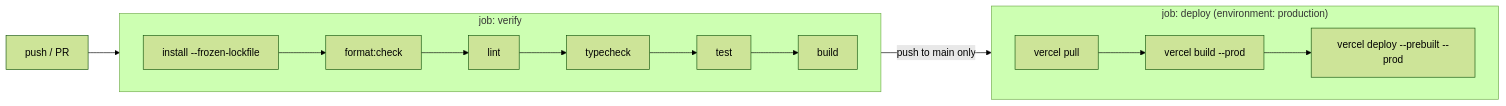
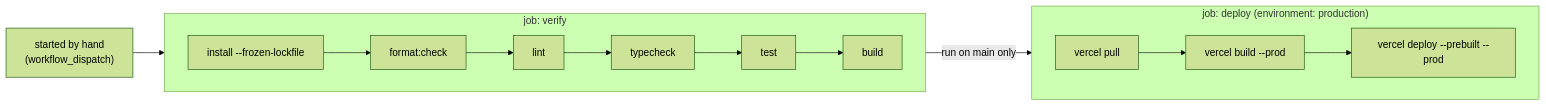
One commit to Adawy-Group/adawy-technical-docs changed the diagram in content/repositories/aladawy-pack.mdx. Above: the diagram before and after it, drawn with Mermaid (forest theme). The commit also changed other lines of this file and 39 other files, not shown here.

````diff
--- a/content/repositories/aladawy-pack.mdx
+++ b/content/repositories/aladawy-pack.mdx
@@ -229,13 +226,13 @@
 ```mermaid
 flowchart LR
-  push["push / PR"] --> verify
+  run["started by hand<br/>(workflow_dispatch)"] --> verify
   subgraph verify["job: verify"]
     direction LR
     i["install --frozen-lockfile"] --> f["format:check"] --> l["lint"] --> t["typecheck"] --> te["test"] --> b["build"]
   end
-  verify -- "push to main only" --> deploy
+  verify -- "run on main only" --> deploy
   subgraph deploy["job: deploy (environment: production)"]
     direction LR
     p["vercel pull"] --> vb["vercel build --prod"] --> vd["vercel deploy --prebuilt --prod"]
   end
 ```
````
